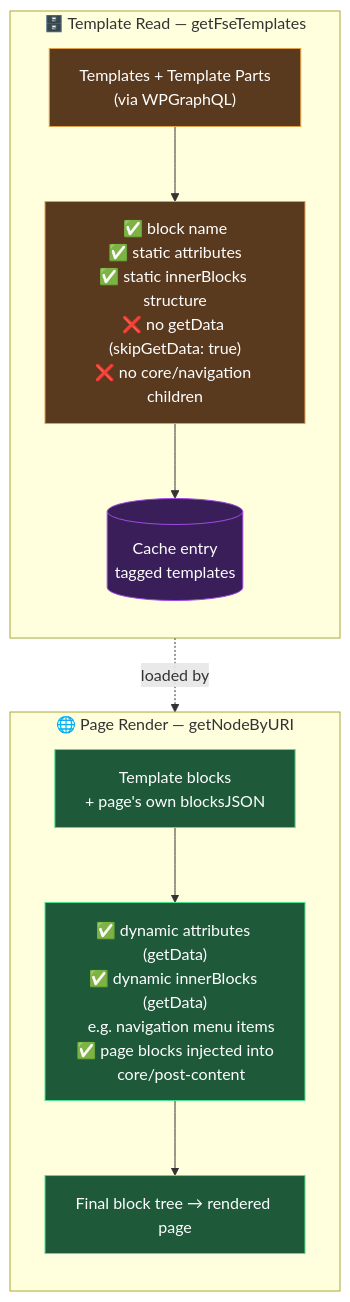
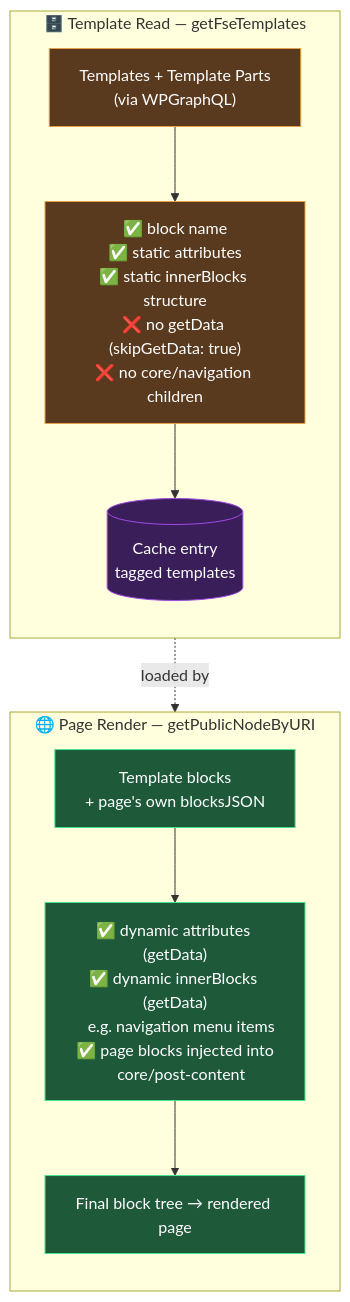
Before and after one commit to superhuit-agency/superstack: the diagram in docs/fse-templating.md, drawn with Mermaid. The commit also changed other lines of this file and 3 other files, not shown here.

````diff
--- a/docs/fse-templating.md
+++ b/docs/fse-templating.md
@@ -41,27 +41,27 @@
 ```mermaid
 flowchart TB
     subgraph TemplateRead["🗄️ Template Read — getFseTemplates"]
         direction TB
         B1["Templates + Template Parts<br/>(via WPGraphQL)"]
         B2["✅ block name<br/>✅ static attributes<br/>✅ static innerBlocks structure<br/>❌ no getData (skipGetData: true)<br/>❌ no core/navigation children"]
         CACHE[("Cache entry<br/>tagged templates")]
         B1 --> B2 --> CACHE
     end
 
-    subgraph RequestTime["🌐 Page Render — getNodeByURI"]
+    subgraph RequestTime["🌐 Page Render — getPublicNodeByURI"]
         direction TB
         R1["Template blocks<br/>+ page's own blocksJSON"]
         R2["✅ dynamic attributes (getData)<br/>✅ dynamic innerBlocks (getData)<br/>   e.g. navigation menu items<br/>✅ page blocks injected into<br/>   core/post-content"]
         OUT["Final block tree → rendered page"]
         R1 --> R2 --> OUT
     end
 
     CACHE -.loaded by.-> R1
 
     classDef build fill:#5a3a1e,stroke:#e2a04a,color:#fff
     classDef request fill:#1e5a3a,stroke:#4ae290,color:#fff
     classDef data fill:#3a1e5a,stroke:#a04ae2,color:#fff
     class B1,B2 build
     class R1,R2,OUT request
     class CACHE data
 ```
````
